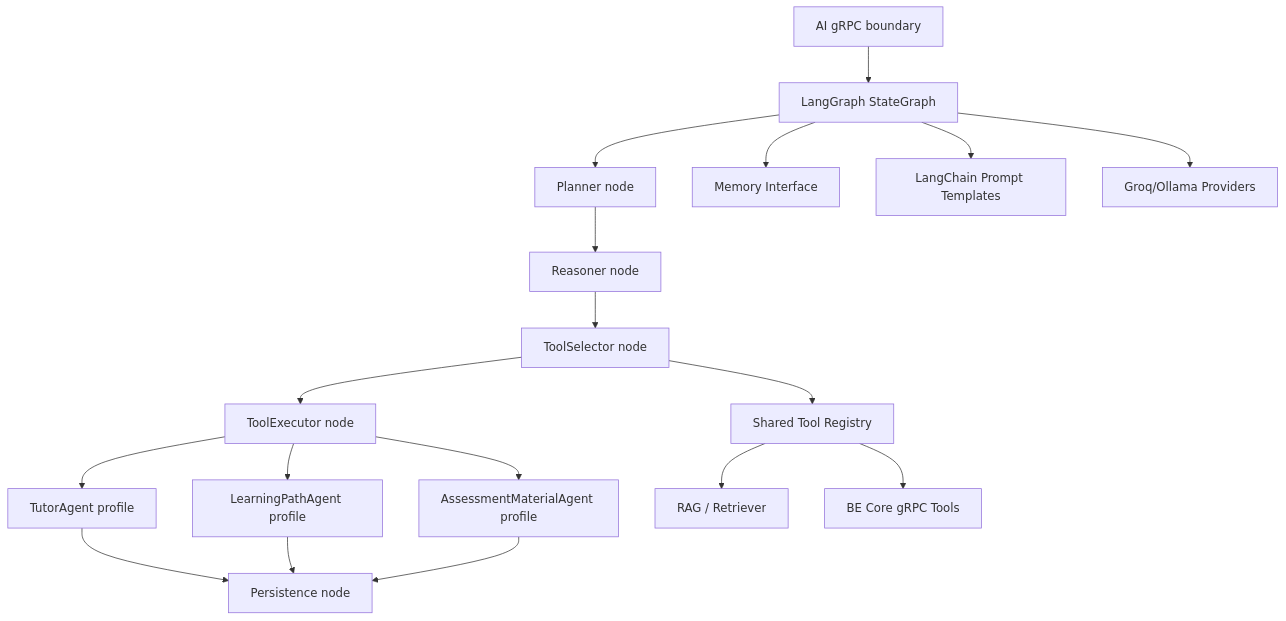
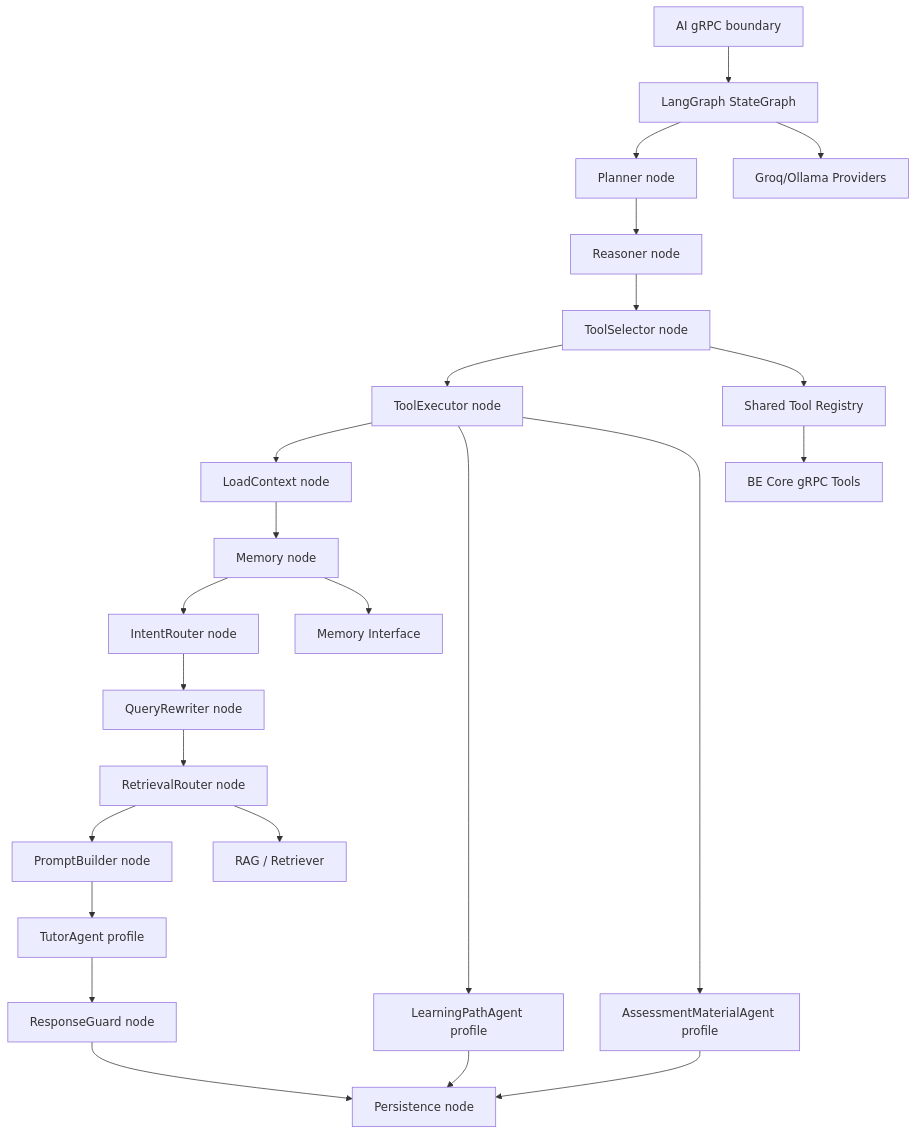
One commit to Tanh1603/EdTech changed the second of 2 diagrams in docs/ai-service/architecture.md. Above: the diagram before and after it, drawn with Mermaid. The commit also changed other lines of this file and 88 other files, not shown here.

````diff
--- a/docs/ai-service/architecture.md
+++ b/docs/ai-service/architecture.md
@@ -88,34 +88,40 @@
 ```mermaid
 flowchart TB
   GRPC["AI gRPC boundary"]
   GRAPH["LangGraph StateGraph"]
   PLAN["Planner node"]
   REASON["Reasoner node"]
   SELECT["ToolSelector node"]
   EXEC["ToolExecutor node"]
+  LOAD["LoadContext node"]
+  MEMORY["Memory node"]
+  INTENT["IntentRouter node"]
+  REWRITE["QueryRewriter node"]
+  RETRIEVE["RetrievalRouter node"]
+  PROMPT["PromptBuilder node"]
+  GUARD["ResponseGuard node"]
   PERSIST["Persistence node"]
   TUTOR["TutorAgent profile"]
   PATH["LearningPathAgent profile"]
   ASSESS["AssessmentMaterialAgent profile"]
   TOOLS["Shared Tool Registry"]
   RAG["RAG / Retriever"]
-  MEMORY["Memory Interface"]
-  PROMPTS["LangChain Prompt Templates"]
+  MEMIF["Memory Interface"]
   MODEL["Groq/Ollama Providers"]
   BE["BE Core gRPC Tools"]
 
   GRPC --> GRAPH
   GRAPH --> PLAN --> REASON --> SELECT --> EXEC
-  EXEC --> TUTOR
+  EXEC --> LOAD --> MEMORY --> INTENT --> REWRITE --> RETRIEVE --> PROMPT
+  PROMPT --> TUTOR
   EXEC --> PATH
   EXEC --> ASSESS
-  TUTOR --> PERSIST
+  TUTOR --> GUARD --> PERSIST
   PATH --> PERSIST
   ASSESS --> PERSIST
   SELECT --> TOOLS
   TOOLS --> BE
-  TOOLS --> RAG
-  GRAPH --> MEMORY
-  GRAPH --> PROMPTS
+  RETRIEVE --> RAG
+  MEMORY --> MEMIF
   GRAPH --> MODEL
 ```
````
